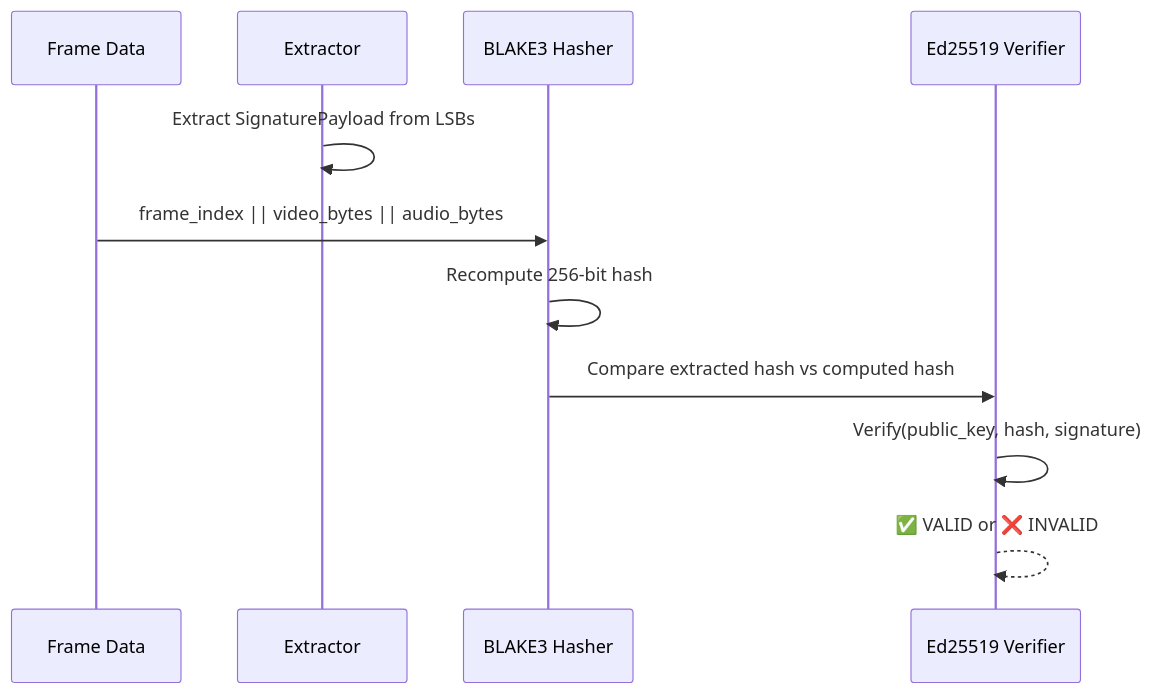
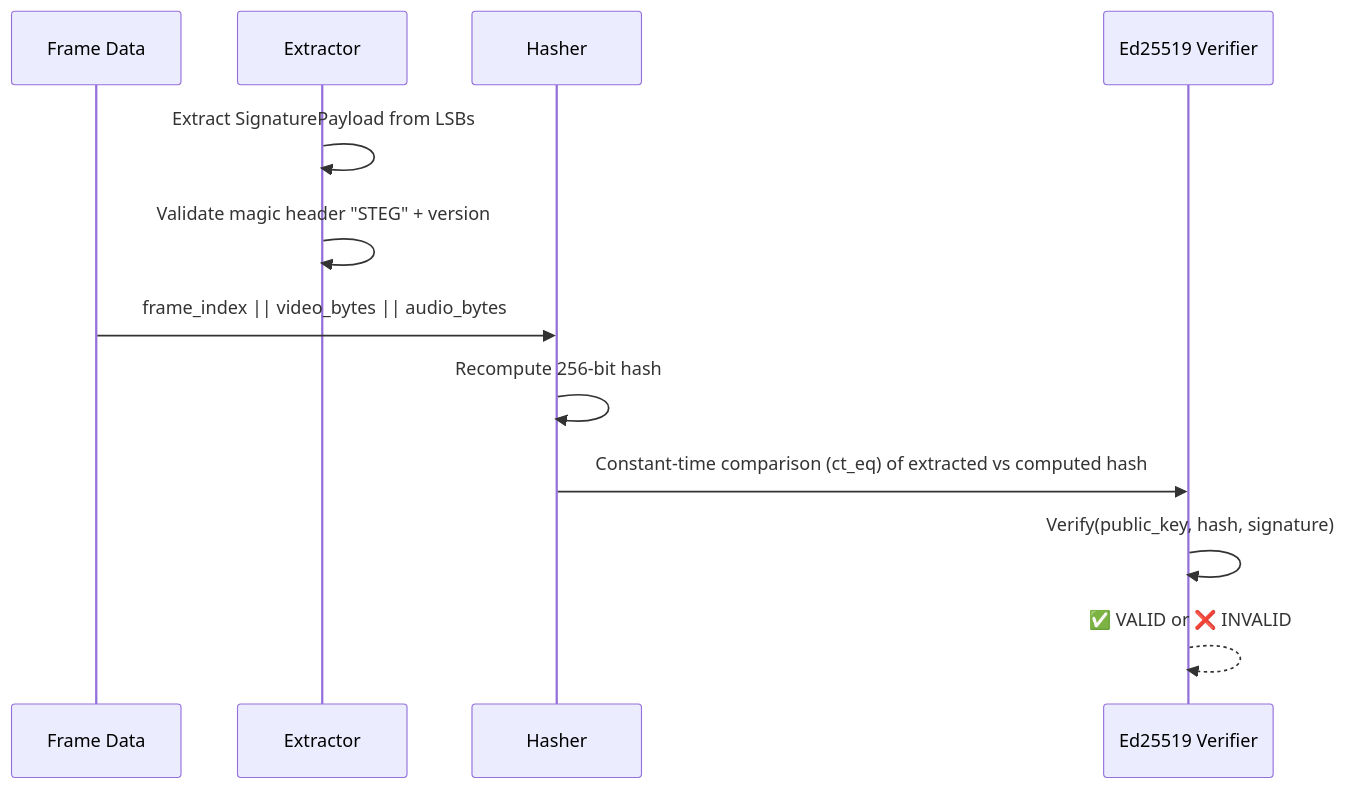
The fourth of 4 diagrams in docs/cryptography.md (docxology/steganographer), drawn with Mermaid before and after one commit. The commit also changed other lines of this file and 31 other files, not shown here.

````diff
--- a/docs/cryptography.md
+++ b/docs/cryptography.md
@@ -229,14 +265,15 @@
 ```mermaid
 sequenceDiagram
     participant F as Frame Data
     participant E as Extractor
-    participant H as BLAKE3 Hasher
+    participant H as Hasher
     participant V as Ed25519 Verifier
 
     E->>E: Extract SignaturePayload from LSBs
+    E->>E: Validate magic header "STEG" + version
     F->>H: frame_index || video_bytes || audio_bytes
     H->>H: Recompute 256-bit hash
-    H->>V: Compare extracted hash vs computed hash
+    H->>V: Constant-time comparison (ct_eq) of extracted vs computed hash
     V->>V: Verify(public_key, hash, signature)
     V-->>V: ✅ VALID or ❌ INVALID
 ```
````
